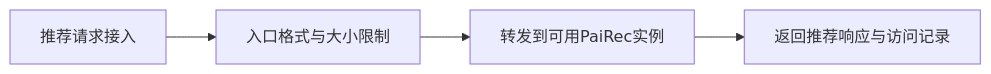
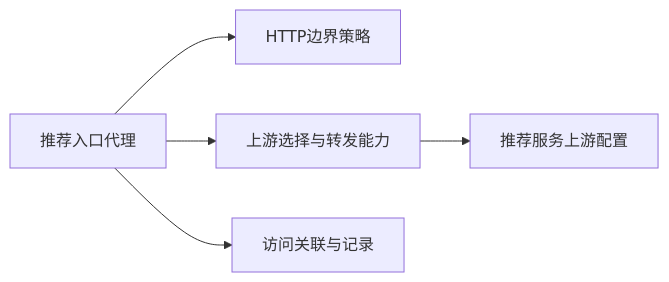
One commit to bitianyuan123/docs changed the diagram in diagrams/07_other_services_11.mmd. Above: the diagram before and after it, drawn with Mermaid. The commit also changed 141 other files, not shown here.

```diff
--- a/diagrams/07_other_services_11.mmd
+++ b/diagrams/07_other_services_11.mmd
@@ -1,4 +1,5 @@
 flowchart LR
-    A[推荐请求接入] --> B[入口格式与大小限制]
-    B --> C[转发到可用PaiRec实例]
-    C --> D[返回推荐响应与访问记录]
+    A[推荐入口代理] --> B[HTTP边界策略]
+    A --> C[上游选择与转发能力]
+    A --> D[访问关联与记录]
+    C --> U[推荐服务上游配置]
```
